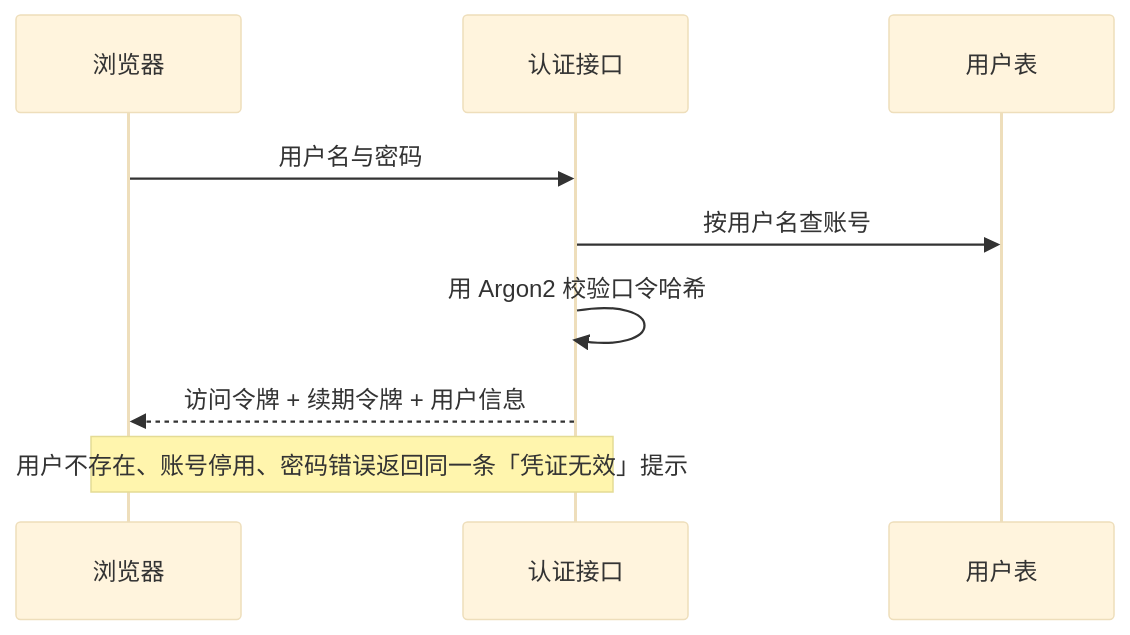
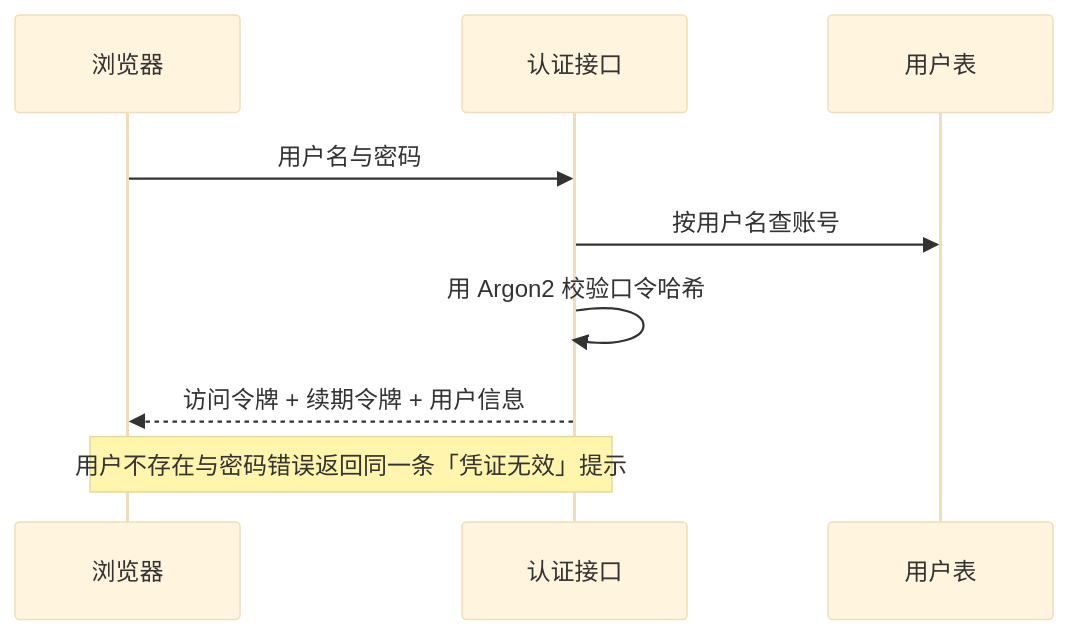
Before and after one commit to Sakana-1314/Electrical-Manager: the second of 31 diagrams in docs/websites/pages/dev-flows.md, drawn with Mermaid (base theme). The commit also changed other lines of this file and 69 other files, not shown here.

````diff
--- a/docs/websites/pages/dev-flows.md
+++ b/docs/websites/pages/dev-flows.md
@@ -32,11 +32,11 @@
 ```mermaid
 sequenceDiagram
     participant U as 浏览器
     participant API as 认证接口
     participant DB as 用户表
     U->>API: 用户名与密码
     API->>DB: 按用户名查账号
     API->>API: 用 Argon2 校验口令哈希
     API-->>U: 访问令牌 + 续期令牌 + 用户信息
-    note over API,U: 用户不存在、账号停用、密码错误返回同一条「凭证无效」提示
+    note over API,U: 用户不存在与密码错误返回同一条「凭证无效」提示
 ```
````
